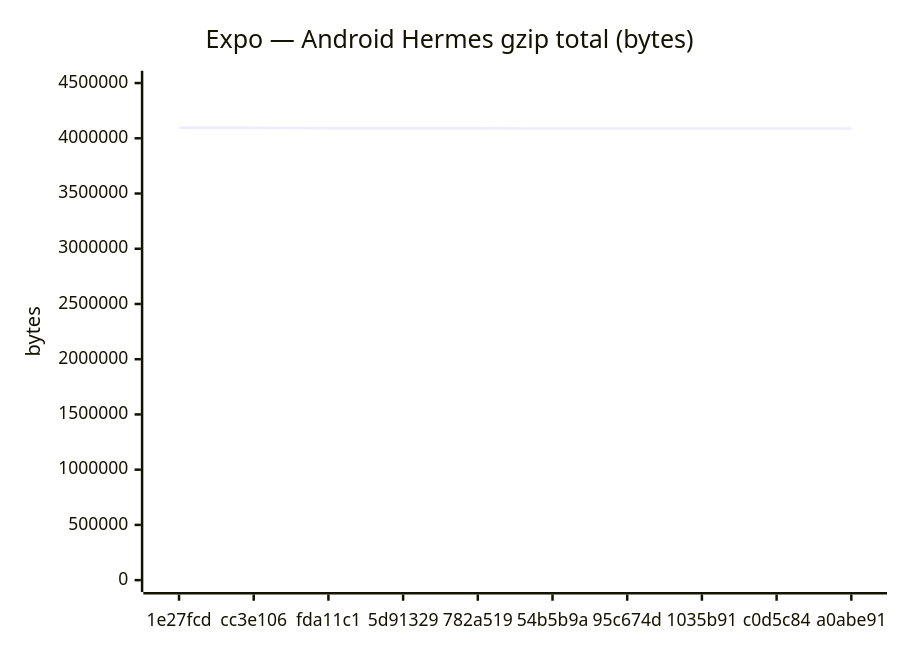
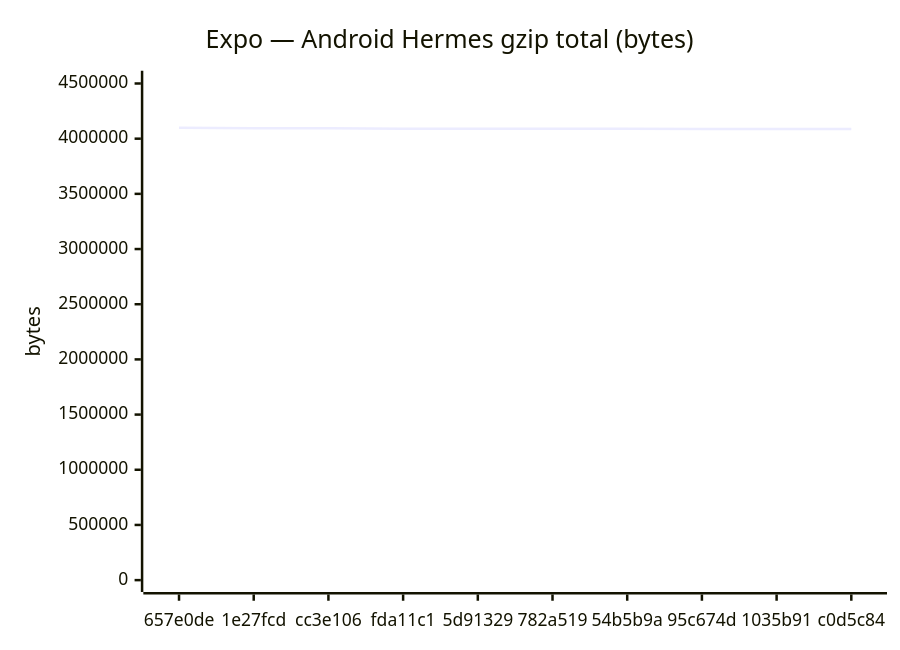
Before and after one commit to Metaheurist/Rianell: the fifth of 18 diagrams in benchmarks/compare.md, drawn with Mermaid. The commit also changed other lines of this file and 11 other files, not shown here.

````diff
--- a/benchmarks/compare.md
+++ b/benchmarks/compare.md
@@ -89,7 +89,7 @@
 ```mermaid
 xychart-beta
     title "Expo — Android Hermes gzip total (bytes)"
-    x-axis ["1e27fcd", "cc3e106", "fda11c1", "5d91329", "782a519", "54b5b9a", "95c674d", "1035b91", "c0d5c84", "a0abe91"]
-    y-axis "bytes" 0 --> 4503912
-    line [4094465, 4094465, 4090789, 4090787, 4090360, 4089313, 4088814, 4088813, 4088813, 4088812]
+    x-axis ["657e0de", "1e27fcd", "cc3e106", "fda11c1", "5d91329", "782a519", "54b5b9a", "95c674d", "1035b91", "c0d5c84"]
+    y-axis "bytes" 0 --> 4507892
+    line [4098083, 4094465, 4094465, 4090789, 4090787, 4090360, 4089313, 4088814, 4088813, 4088813]
 ```
````
